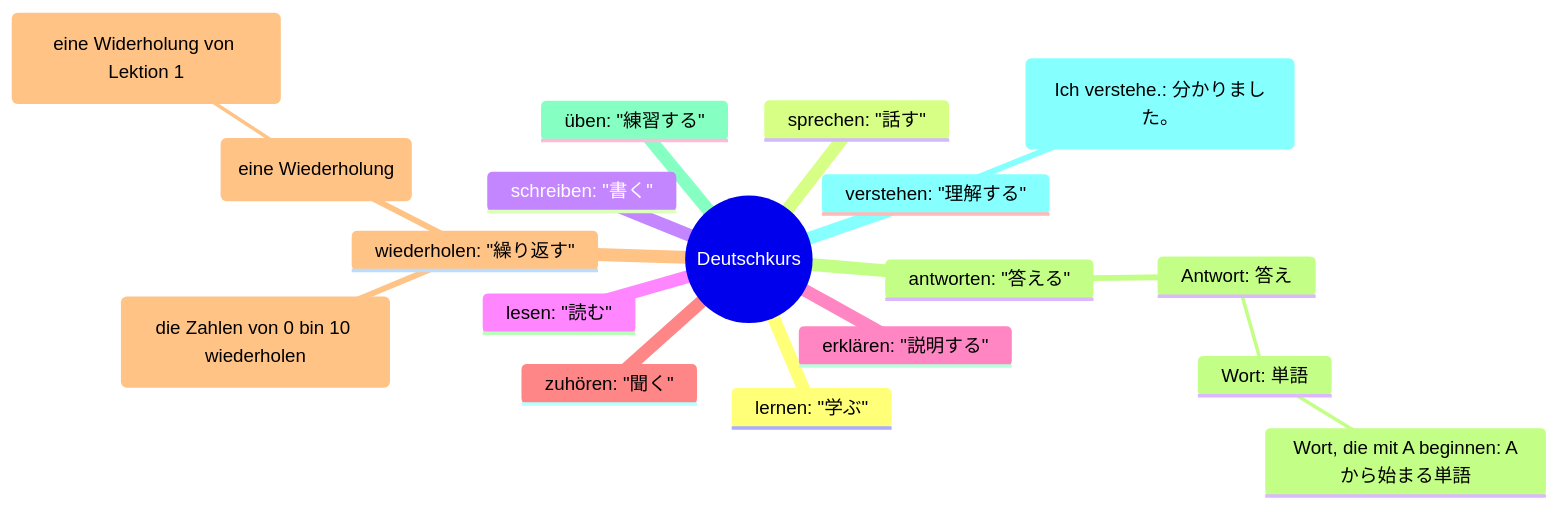
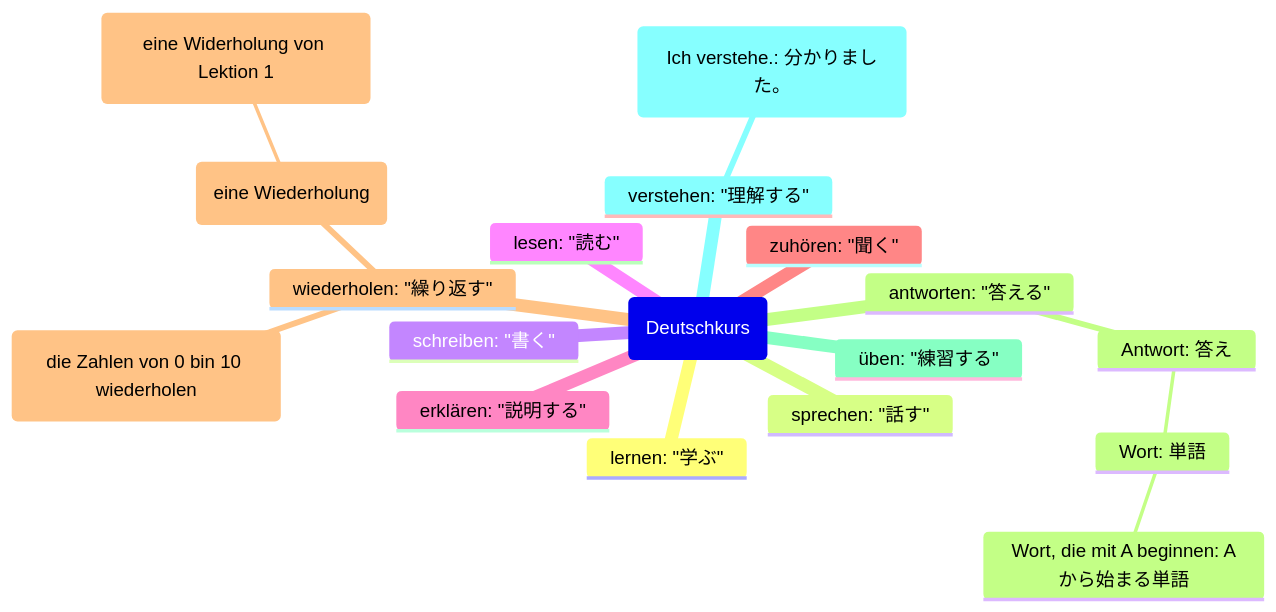
Before and after one commit to hyonsoku/mindmap: the diagram in Dutesch/Verb/Dutschkurs.md, drawn with Mermaid. The commit also changed 4 other files, not shown here.

````diff
--- a/Dutesch/Verb/Dutschkurs.md
+++ b/Dutesch/Verb/Dutschkurs.md
@@ -3,21 +3,21 @@
 ```mermaid
 mindmap
-  root((Deutschkurs)
+  root(Deutschkurs)
     lernen: "学ぶ"
     sprechen: "話す"
     schreiben: "書く"
     lesen: "読む"
     erklären: "説明する"
     zuhören: "聞く"
     wiederholen: "繰り返す"
         (die Zahlen von 0 bin 10 wiederholen)
         (eine Wiederholung)
             (eine Widerholung von Lektion 1)
     antworten: "答える"
         Antwort: 答え
             Wort: 単語
                 Wort, die mit A beginnen: Aから始まる単語
     üben: "練習する"
     verstehen: "理解する"
         (Ich verstehe.: 分かりました。)
 ```
````
